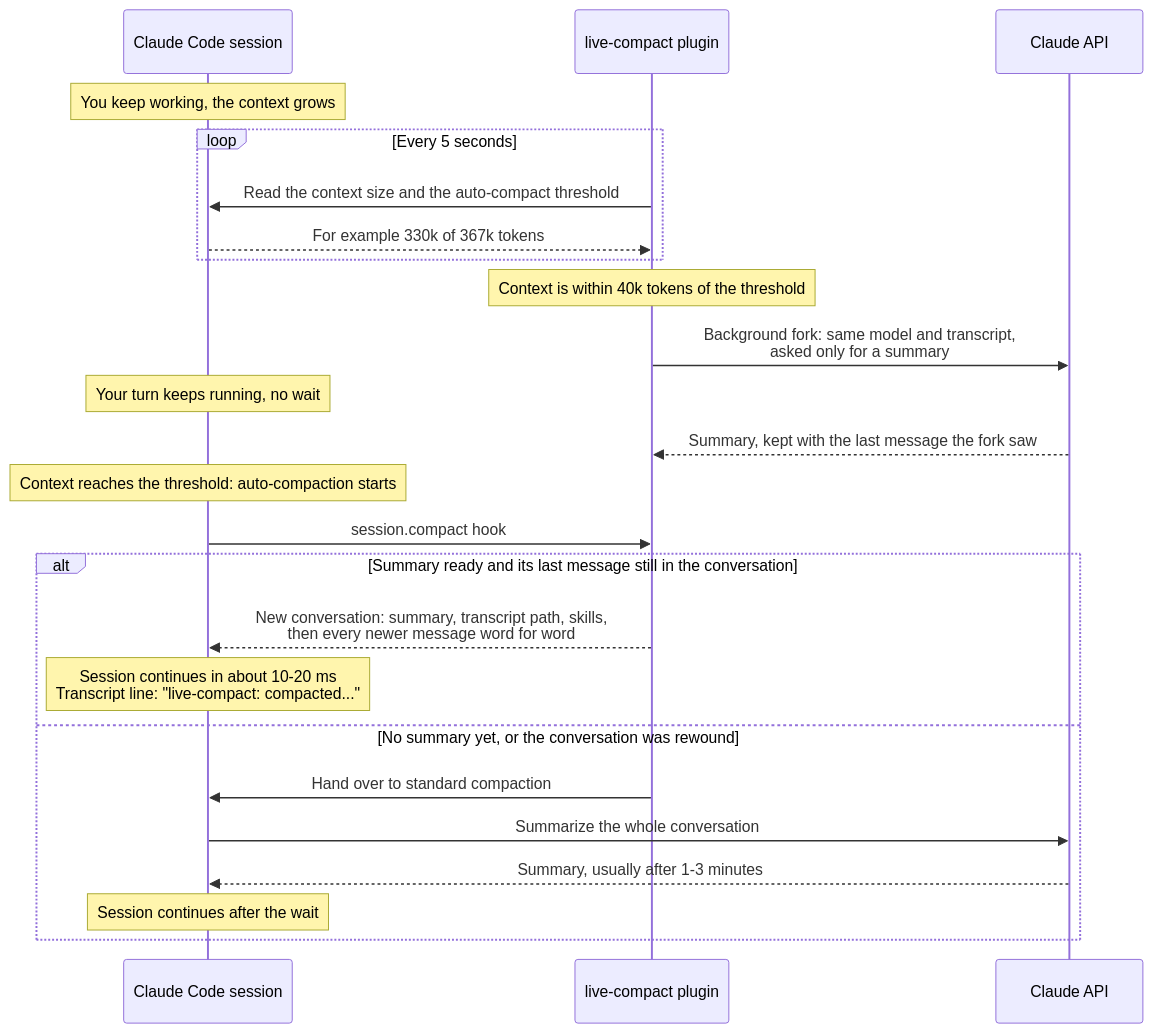
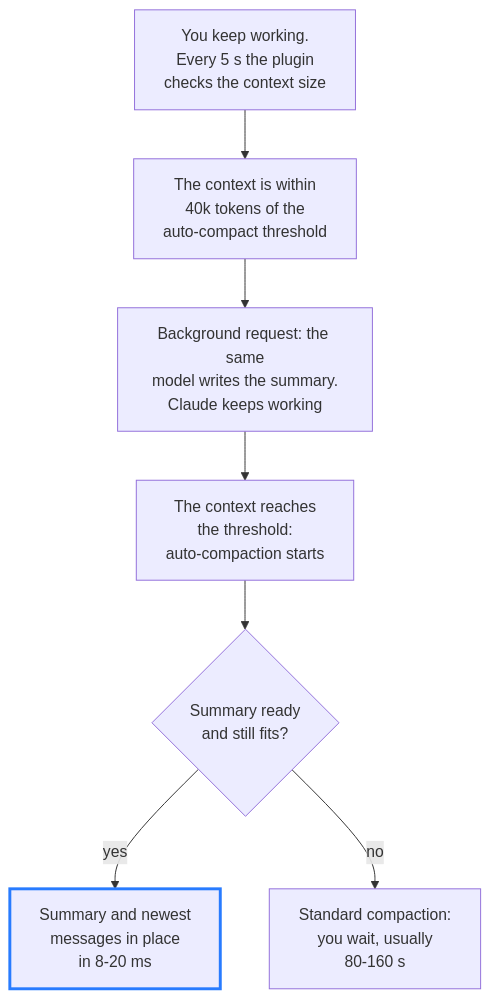
Before and after one commit to SocialBuzzStudio/live-compact: the diagram in assets/how-it-works.mmd, drawn with Mermaid. The commit also changed 4 other files, not shown here.

First line of the commit message:
README: install from the VS Code extension, requirements, cost and privacy, clearer limits; diagram and GIF readable on phones

```diff
--- a/assets/how-it-works.mmd
+++ b/assets/how-it-works.mmd
@@ -1,29 +1,13 @@
-sequenceDiagram
-    participant CC as Claude Code session
-    participant LC as live-compact plugin
-    participant API as Claude API
-
-    Note over CC: You keep working, the context grows
-
-    loop Every 5 seconds
-        LC->>CC: Read the context size and the auto-compact threshold
-        CC-->>LC: For example 330k of 367k tokens
-    end
-
-    Note over LC: Context is within 40k tokens of the threshold
-    LC->>API: Background fork: same model and transcript,<br/>asked only for a summary
-    Note over CC: Your turn keeps running, no wait
-    API-->>LC: Summary, kept with the last message the fork saw
-
-    Note over CC: Context reaches the threshold: auto-compaction starts
-    CC->>LC: session.compact hook
-
-    alt Summary ready and its last message still in the conversation
-        LC-->>CC: New conversation: summary, transcript path, skills,<br/>then every newer message word for word
-        Note over CC: Session continues in about 10-20 ms<br/>Transcript line: "live-compact: compacted..."
-    else No summary yet, or the conversation was rewound
-        LC->>CC: Hand over to standard compaction
-        CC->>API: Summarize the whole conversation
-        API-->>CC: Summary, usually after 1-3 minutes
-        Note over CC: Session continues after the wait
-    end
+flowchart TD
+    A["You keep working.<br/>Every 5 s the plugin<br/>checks the context size"]
+    B["The context is within<br/>40k tokens of the<br/>auto-compact threshold"]
+    C["Background request: the same<br/>model writes the summary.<br/>Claude keeps working"]
+    D["The context reaches<br/>the threshold:<br/>auto-compaction starts"]
+    E{"Summary ready<br/>and still fits?"}
+    F["Summary and newest<br/>messages in place<br/>in 8-20 ms"]
+    G["Standard compaction:<br/>you wait, usually<br/>80-160 s"]
+    A --> B --> C --> D --> E
+    E -- yes --> F
+    E -- no --> G
+    classDef fast stroke:#287BFF,stroke-width:3px
+    class F fast
```
